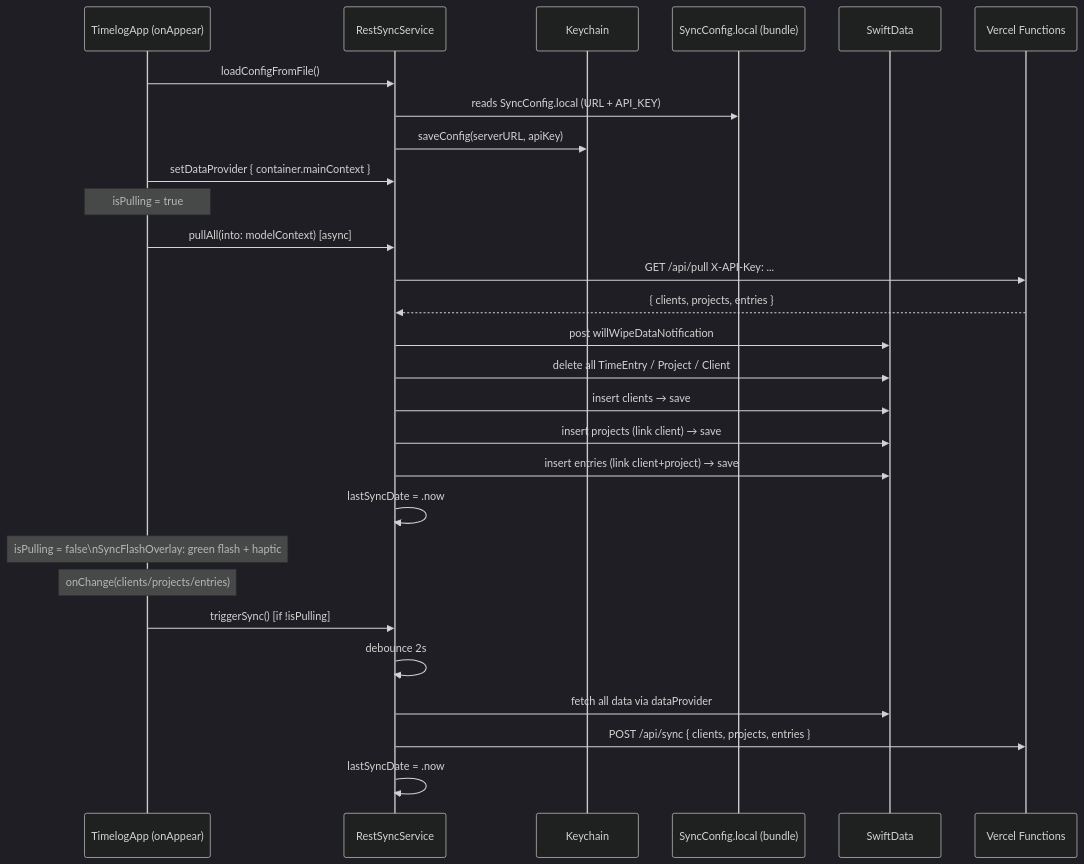
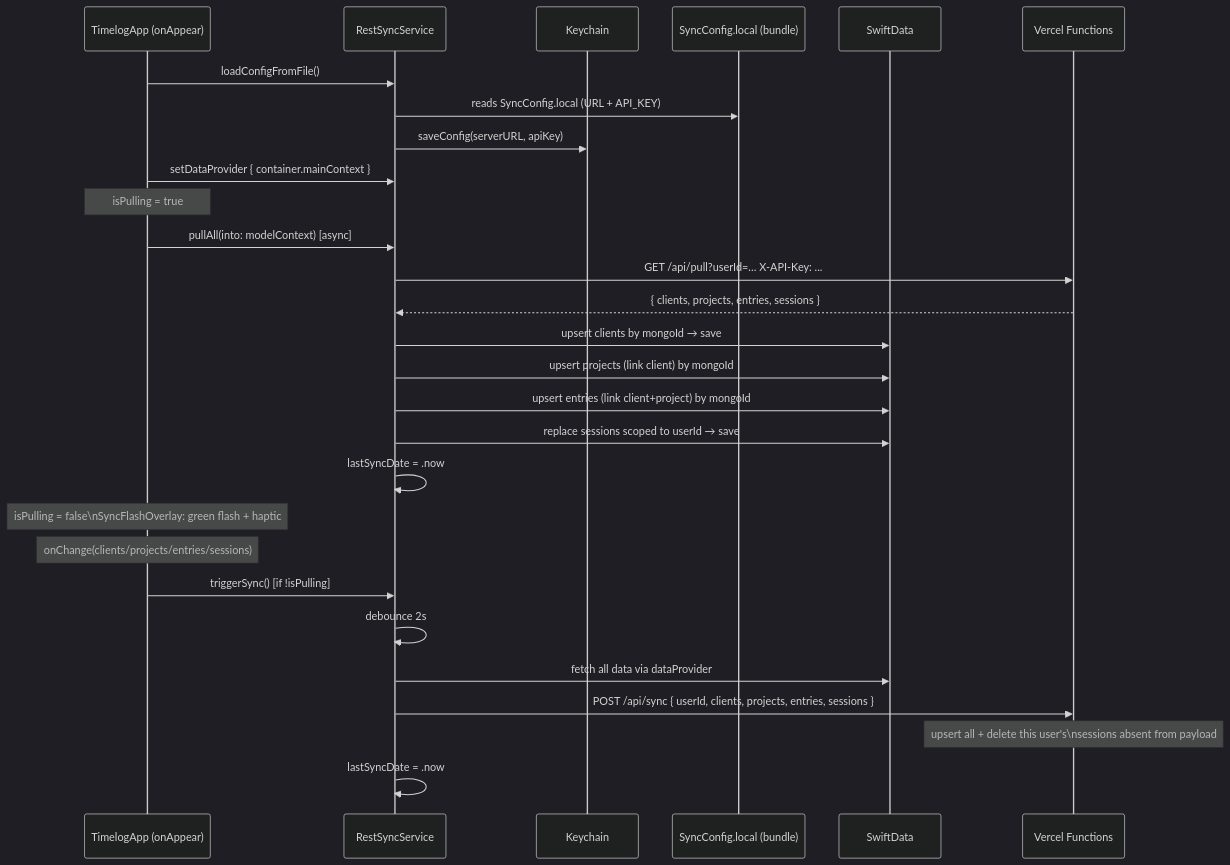
One commit to albertobarrago/timelog changed the third of 10 diagrams in docs/03-flows.md. Above: the diagram before and after it, drawn with Mermaid (dark theme). The commit also changed 9 other files, not shown here.

First line of the commit message:
fix(sync): resolve ghost sessions, multi-user isolation, and sync hardening (#51)

````diff
--- a/docs/03-flows.md
+++ b/docs/03-flows.md
@@ -53,35 +53,35 @@
 ```mermaid
 sequenceDiagram
     participant App as TimelogApp (onAppear)
     participant RSS as RestSyncService
     participant KCH as Keychain
     participant File as SyncConfig.local (bundle)
     participant SD as SwiftData
     participant VCL as Vercel Functions
 
     App->>RSS: loadConfigFromFile()
     RSS->>File: reads SyncConfig.local (URL + API_KEY)
     RSS->>KCH: saveConfig(serverURL, apiKey)
 
     App->>RSS: setDataProvider { container.mainContext }
     Note over App: isPulling = true
 
     App->>RSS: pullAll(into: modelContext) [async]
-    RSS->>VCL: GET /api/pull  X-API-Key: ...
-    VCL-->>RSS: { clients, projects, entries }
+    RSS->>VCL: GET /api/pull?userId=…  X-API-Key: ...
+    VCL-->>RSS: { clients, projects, entries, sessions }
 
-    RSS->>SD: post willWipeDataNotification
-    RSS->>SD: delete all TimeEntry / Project / Client
-    RSS->>SD: insert clients → save
-    RSS->>SD: insert projects (link client) → save
-    RSS->>SD: insert entries (link client+project) → save
+    RSS->>SD: upsert clients by mongoId → save
+    RSS->>SD: upsert projects (link client) by mongoId
+    RSS->>SD: upsert entries (link client+project) by mongoId
+    RSS->>SD: replace sessions scoped to userId → save
     RSS->>RSS: lastSyncDate = .now
     Note over App: isPulling = false\nSyncFlashOverlay: green flash + haptic
 
-    Note over App: onChange(clients/projects/entries)
+    Note over App: onChange(clients/projects/entries/sessions)
     App->>RSS: triggerSync() [if !isPulling]
     RSS->>RSS: debounce 2s
     RSS->>SD: fetch all data via dataProvider
-    RSS->>VCL: POST /api/sync { clients, projects, entries }
+    RSS->>VCL: POST /api/sync { userId, clients, projects, entries, sessions }
+    Note over VCL: upsert all + delete this user's\nsessions absent from payload
     RSS->>RSS: lastSyncDate = .now
 ```
````
